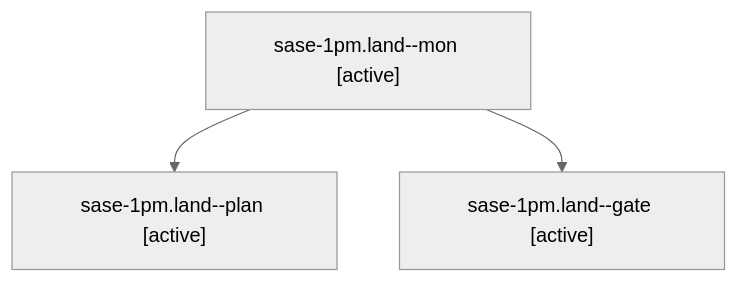
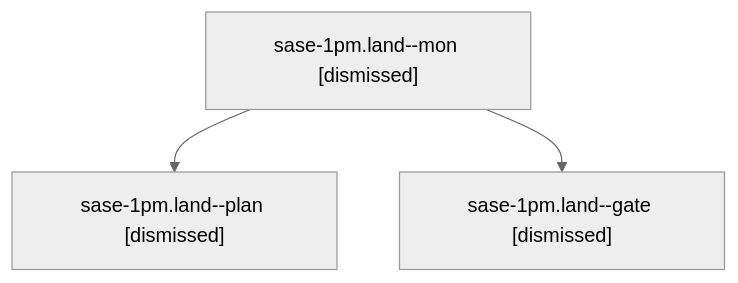
Before and after one commit to sase-org/sase--agents: the diagram in sessions/bbugyi200.athena.sase-1pm.land.md, drawn with Mermaid (neutral theme). The commit also changed other lines of this file and 136 other files, not shown here.

````diff
--- a/sessions/bbugyi200.athena.sase-1pm.land.md
+++ b/sessions/bbugyi200.athena.sase-1pm.land.md
@@ -9,8 +9,8 @@
 ```mermaid
 flowchart TD
-  n0["sase-1pm.land--mon [active]"]
-  n1["sase-1pm.land--plan [active]"]
+  n0["sase-1pm.land--mon [dismissed]"]
+  n1["sase-1pm.land--plan [dismissed]"]
   n0 --> n1
-  n2["sase-1pm.land--gate [active]"]
+  n2["sase-1pm.land--gate [dismissed]"]
   n0 --> n2
 ```
````
